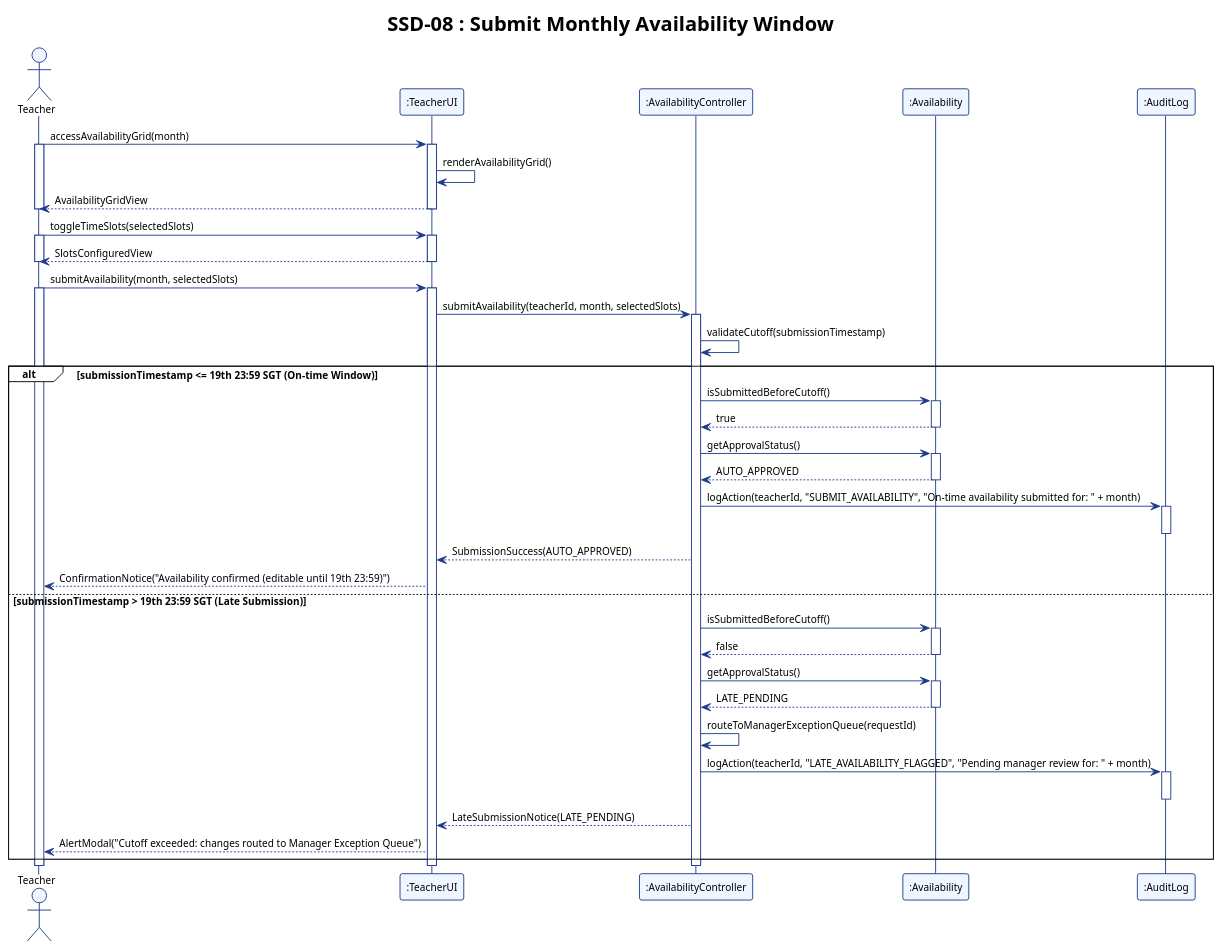
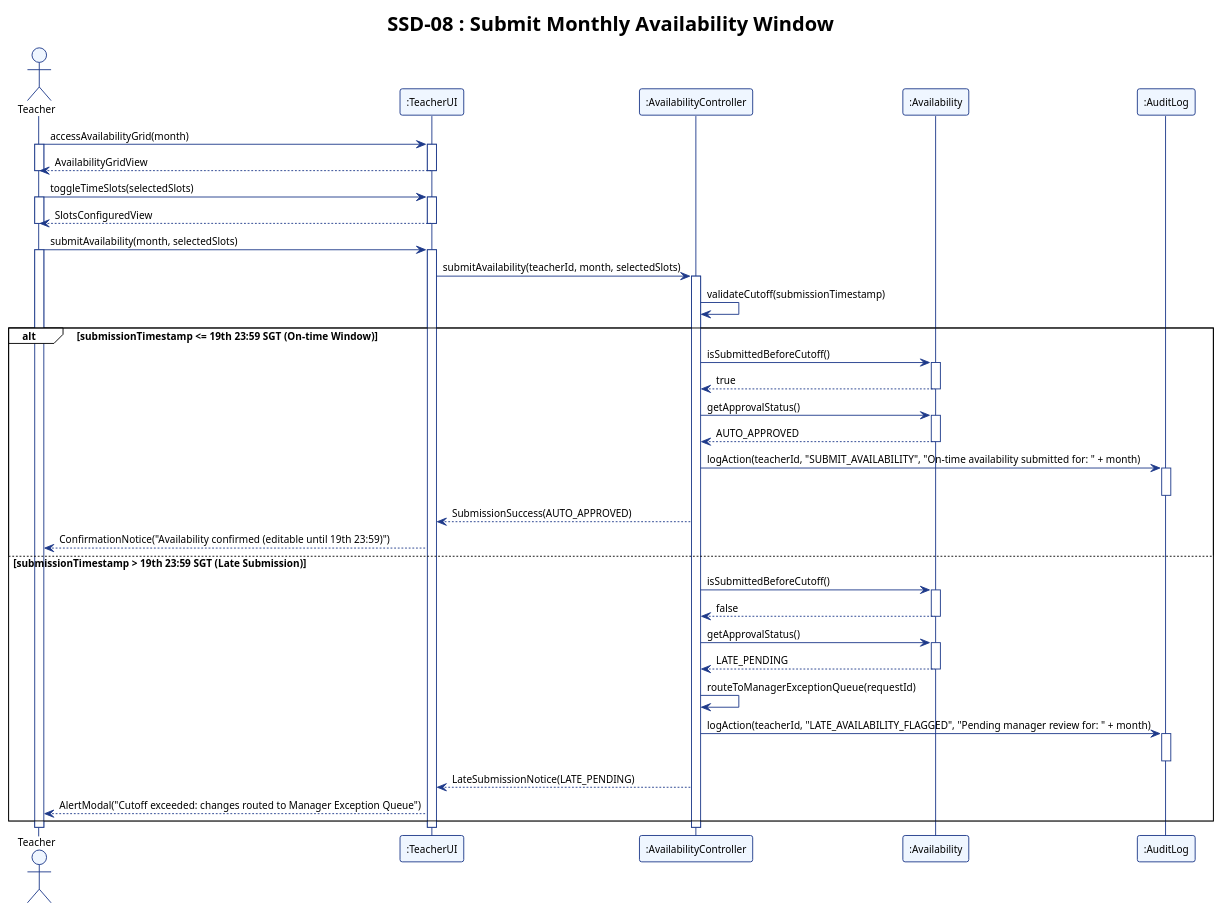
The diagram in report/assets/ssd_08.puml (adoreblvnk/2001temp), drawn with PlantUML before and after one commit. The commit also changed 27 other files, not shown here.

First line of the commit message:
fix(report): streamline sequence diagrams, remove LaTeX, and reformat appendix

```diff
--- a/report/assets/ssd_08.puml
+++ b/report/assets/ssd_08.puml
@@ -1,90 +1,89 @@
 @startuml ssd_08
 !theme plain
 skinparam shadowing false
 skinparam defaultFontName "Helvetica", "Arial", sans-serif
 skinparam defaultFontSize 11
 skinparam sequence {
     ParticipantBorderColor #1E3A8A
     ParticipantBackgroundColor #EFF6FF
     LifeLineBorderColor #1E3A8A
     LifeLineBackgroundColor #FFFFFF
     ArrowColor #1E3A8A
     ActorBorderColor #1E3A8A
     ActorBackgroundColor #EFF6FF
 }
 
 title SSD-08 : Submit Monthly Availability Window
 
 actor Teacher
 participant ":TeacherUI" as TeacherUI
 participant ":AvailabilityController" as AvailabilityController
 participant ":Availability" as Availability
 participant ":AuditLog" as AuditLog
 
 Teacher -> TeacherUI : accessAvailabilityGrid(month)
 activate Teacher
 activate TeacherUI
 
-TeacherUI -> TeacherUI : renderAvailabilityGrid()
 TeacherUI --> Teacher : AvailabilityGridView
 deactivate TeacherUI
 deactivate Teacher
 
 Teacher -> TeacherUI : toggleTimeSlots(selectedSlots)
 activate Teacher
 activate TeacherUI
 TeacherUI --> Teacher : SlotsConfiguredView
 deactivate TeacherUI
 deactivate Teacher
 
 Teacher -> TeacherUI : submitAvailability(month, selectedSlots)
 activate Teacher
 activate TeacherUI
 TeacherUI -> AvailabilityController : submitAvailability(teacherId, month, selectedSlots)
 activate AvailabilityController
 
 AvailabilityController -> AvailabilityController : validateCutoff(submissionTimestamp)
 
 alt submissionTimestamp <= 19th 23:59 SGT (On-time Window)
     AvailabilityController -> Availability : isSubmittedBeforeCutoff()
     activate Availability
     Availability --> AvailabilityController : true
     deactivate Availability
 
     AvailabilityController -> Availability : getApprovalStatus()
     activate Availability
     Availability --> AvailabilityController : AUTO_APPROVED
     deactivate Availability
 
     AvailabilityController -> AuditLog : logAction(teacherId, "SUBMIT_AVAILABILITY", "On-time availability submitted for: " + month)
     activate AuditLog
     deactivate AuditLog
 
     AvailabilityController --> TeacherUI : SubmissionSuccess(AUTO_APPROVED)
     TeacherUI --> Teacher : ConfirmationNotice("Availability confirmed (editable until 19th 23:59)")
 else submissionTimestamp > 19th 23:59 SGT (Late Submission)
     AvailabilityController -> Availability : isSubmittedBeforeCutoff()
     activate Availability
     Availability --> AvailabilityController : false
     deactivate Availability
 
     AvailabilityController -> Availability : getApprovalStatus()
     activate Availability
     Availability --> AvailabilityController : LATE_PENDING
     deactivate Availability
 
     AvailabilityController -> AvailabilityController : routeToManagerExceptionQueue(requestId)
 
     AvailabilityController -> AuditLog : logAction(teacherId, "LATE_AVAILABILITY_FLAGGED", "Pending manager review for: " + month)
     activate AuditLog
     deactivate AuditLog
 
     AvailabilityController --> TeacherUI : LateSubmissionNotice(LATE_PENDING)
     TeacherUI --> Teacher : AlertModal("Cutoff exceeded: changes routed to Manager Exception Queue")
 end
 
 deactivate AvailabilityController
 deactivate TeacherUI
 deactivate Teacher
 
 @enduml
```
